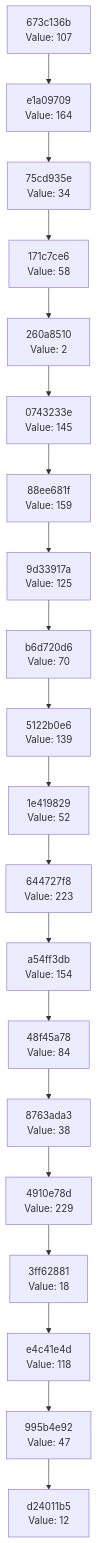
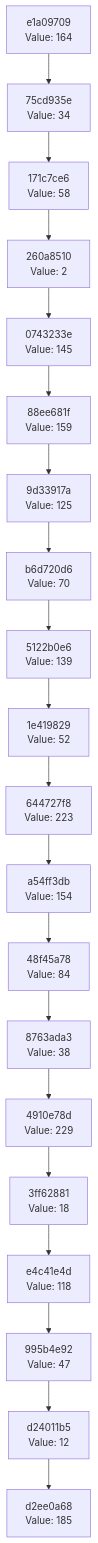
One commit to Abhisheksinha1506/hash-chain-evolver changed the diagram in docs/CHAIN_VISUALIZATION.md. Above: the diagram before and after it, drawn with Mermaid. The commit also changed 2 other files, not shown here.

Commit message:
Evolution Step

````diff
--- a/docs/CHAIN_VISUALIZATION.md
+++ b/docs/CHAIN_VISUALIZATION.md
@@ -3,42 +3,42 @@
 ```mermaid
 graph TD
-    C0["d24011b5<br/>Value: 12"]
-    C1["995b4e92<br/>Value: 47"]
+    C0["d2ee0a68<br/>Value: 185"]
+    C1["d24011b5<br/>Value: 12"]
     C1 --> C0
-    C2["e4c41e4d<br/>Value: 118"]
+    C2["995b4e92<br/>Value: 47"]
     C2 --> C1
-    C3["3ff62881<br/>Value: 18"]
+    C3["e4c41e4d<br/>Value: 118"]
     C3 --> C2
-    C4["4910e78d<br/>Value: 229"]
+    C4["3ff62881<br/>Value: 18"]
     C4 --> C3
-    C5["8763ada3<br/>Value: 38"]
+    C5["4910e78d<br/>Value: 229"]
     C5 --> C4
-    C6["48f45a78<br/>Value: 84"]
+    C6["8763ada3<br/>Value: 38"]
     C6 --> C5
-    C7["a54ff3db<br/>Value: 154"]
+    C7["48f45a78<br/>Value: 84"]
     C7 --> C6
-    C8["644727f8<br/>Value: 223"]
+    C8["a54ff3db<br/>Value: 154"]
     C8 --> C7
-    C9["1e419829<br/>Value: 52"]
+    C9["644727f8<br/>Value: 223"]
     C9 --> C8
-    C10["5122b0e6<br/>Value: 139"]
+    C10["1e419829<br/>Value: 52"]
     C10 --> C9
-    C11["b6d720d6<br/>Value: 70"]
+    C11["5122b0e6<br/>Value: 139"]
     C11 --> C10
-    C12["9d33917a<br/>Value: 125"]
+    C12["b6d720d6<br/>Value: 70"]
     C12 --> C11
-    C13["88ee681f<br/>Value: 159"]
+    C13["9d33917a<br/>Value: 125"]
     C13 --> C12
-    C14["0743233e<br/>Value: 145"]
+    C14["88ee681f<br/>Value: 159"]
     C14 --> C13
-    C15["260a8510<br/>Value: 2"]
+    C15["0743233e<br/>Value: 145"]
     C15 --> C14
-    C16["171c7ce6<br/>Value: 58"]
+    C16["260a8510<br/>Value: 2"]
     C16 --> C15
-    C17["75cd935e<br/>Value: 34"]
+    C17["171c7ce6<br/>Value: 58"]
     C17 --> C16
-    C18["e1a09709<br/>Value: 164"]
+    C18["75cd935e<br/>Value: 34"]
     C18 --> C17
-    C19["673c136b<br/>Value: 107"]
+    C19["e1a09709<br/>Value: 164"]
     C19 --> C18
 ```
````
